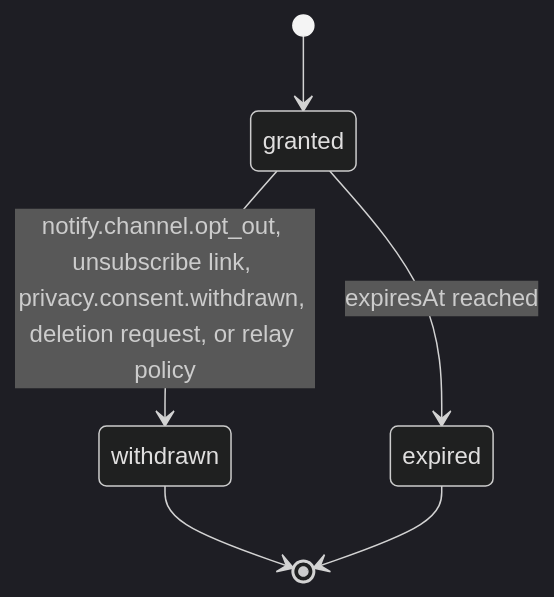
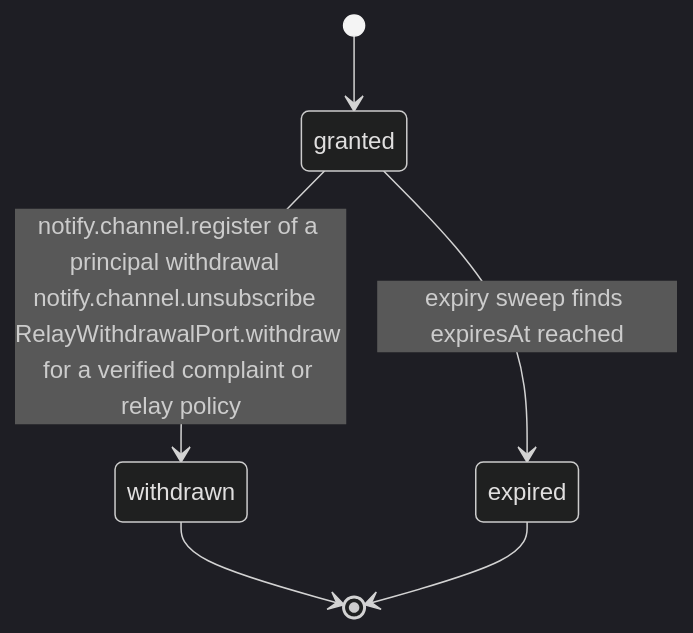
Before and after one commit to djshellshoxxx/CLASSifiedisRUPTed: the second of 2 diagrams in 13_Notifications/02_preferences/mod_opt/workflow_state_machine.md, drawn with Mermaid (dark theme). The commit also changed other lines of this file and 98 other files, not shown here.

````diff
--- a/13_Notifications/02_preferences/mod_opt/workflow_state_machine.md
+++ b/13_Notifications/02_preferences/mod_opt/workflow_state_machine.md
@@ -24,8 +44,8 @@
 ```mermaid
 stateDiagram-v2
   [*] --> granted
-  granted --> withdrawn: notify.channel.opt_out, unsubscribe link, privacy.consent.withdrawn, deletion request, or relay policy
-  granted --> expired: expiresAt reached
+  granted --> withdrawn: notify.channel.register of a principal withdrawal  notify.channel.unsubscribe  RelayWithdrawalPort.withdraw for a verified complaint or relay policy
+  granted --> expired: expiry sweep finds expiresAt reached
   withdrawn --> [*]
   expired --> [*]
 ```
````
